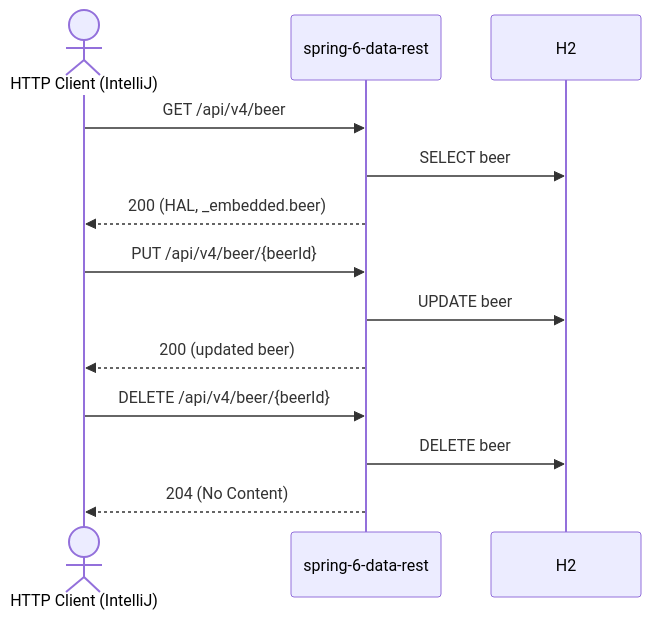
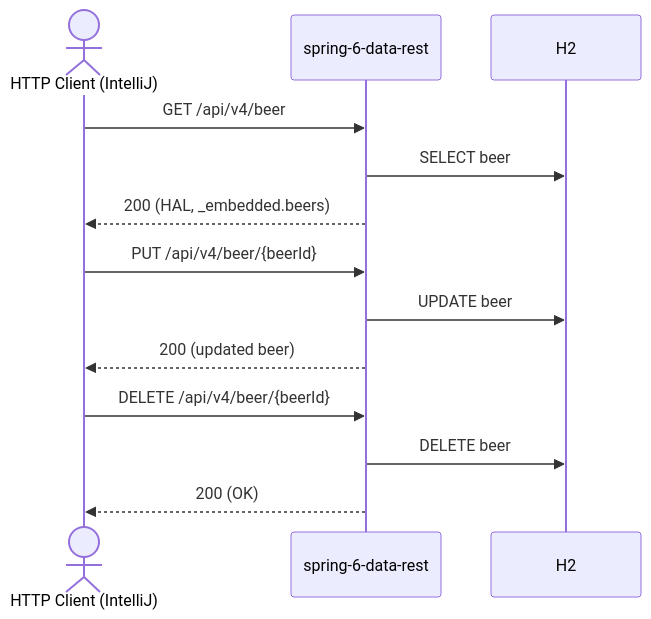
One commit to dboeckli/spring-6-gateway changed the diagram in restRequests/data-rest/beer-flow-list-update-delete/beer-flow-list-update-delete.md. Above: the diagram before and after it, drawn with Mermaid. The commit also changed other lines of this file and 101 other files, not shown here.

````diff
--- a/restRequests/data-rest/beer-flow-list-update-delete/beer-flow-list-update-delete.md
+++ b/restRequests/data-rest/beer-flow-list-update-delete/beer-flow-list-update-delete.md
@@ -11,18 +11,18 @@
 ```mermaid
 sequenceDiagram
     actor C as HTTP Client (IntelliJ)
     participant API as spring-6-data-rest
     participant DB as H2
 
     C->>API: GET /api/v4/beer
     API->>DB: SELECT beer
-    API-->>C: 200 (HAL, _embedded.beer)
+    API-->>C: 200 (HAL, _embedded.beers)
 
     C->>API: PUT /api/v4/beer/{beerId}
     API->>DB: UPDATE beer
     API-->>C: 200 (updated beer)
 
     C->>API: DELETE /api/v4/beer/{beerId}
     API->>DB: DELETE beer
-    API-->>C: 204 (No Content)
+    API-->>C: 200 (OK)
 ```
````
